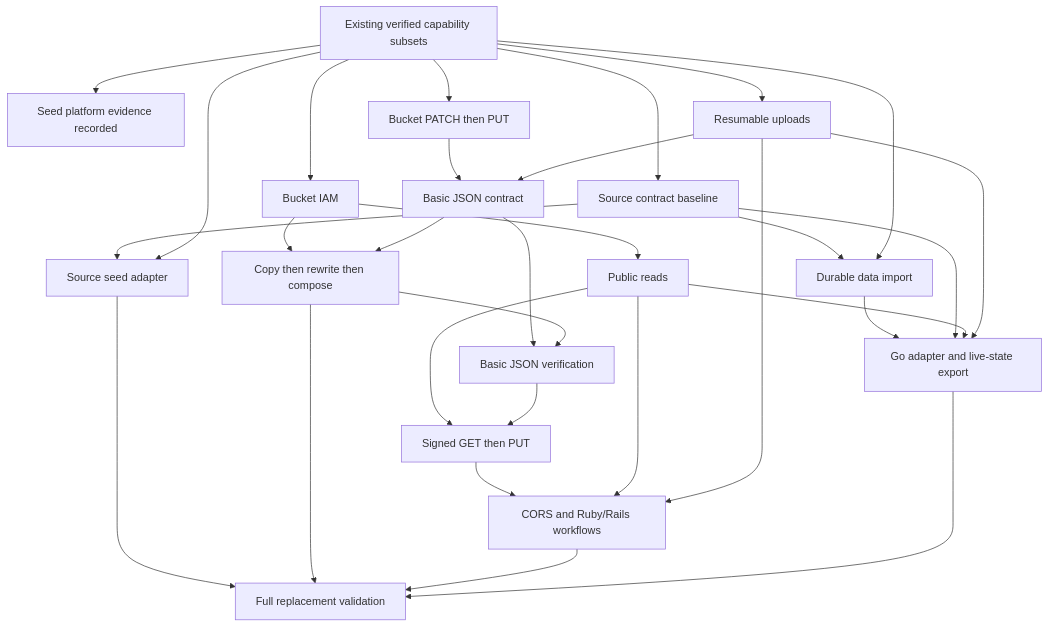
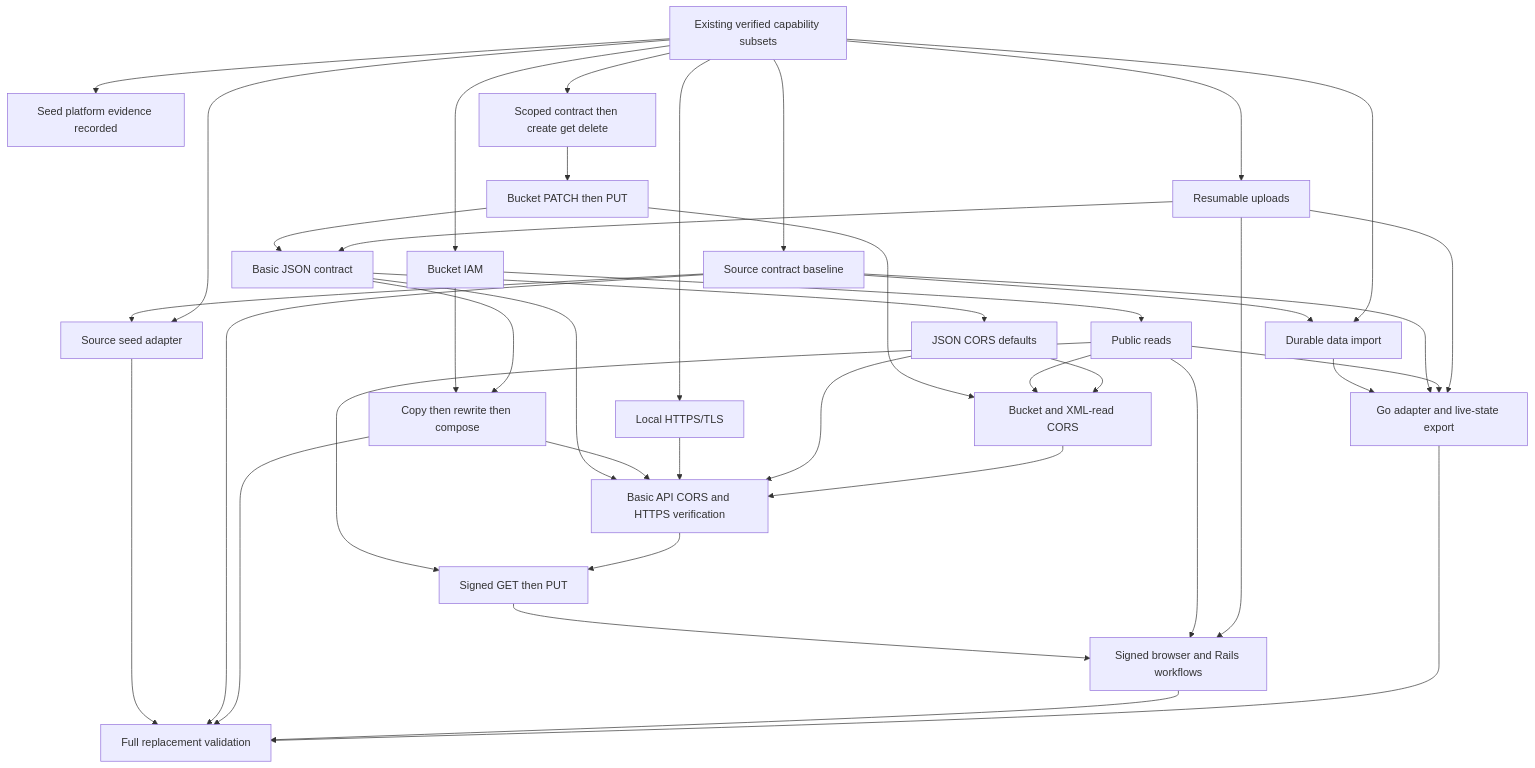
One commit to shiroemons/gcs-mimic changed the diagram in docs/en/roadmap.md. Above: the diagram before and after it, drawn with Mermaid. The commit also changed other lines of this file and 3 other files, not shown here.

````diff
--- a/docs/en/roadmap.md
+++ b/docs/en/roadmap.md
@@ -210,32 +275,42 @@
 ```mermaid
 flowchart TD
   E[Existing verified capability subsets] --> B[Source contract baseline]
   E --> S[Seed platform evidence recorded]
   E --> I[Bucket IAM]
   E --> R[Resumable uploads]
   I --> P[Public reads]
-  E --> M[Bucket PATCH then PUT]
+  E --> F[Scoped contract then create get delete]
+  F --> M[Bucket PATCH then PUT]
   M --> J[Basic JSON contract]
   R --> J
-  J --> Q[Basic JSON verification]
+  J --> Q[Basic API CORS and HTTPS verification]
   P --> U[Signed GET then PUT]
   Q --> U
   I --> C[Copy then rewrite then compose]
   J --> C
   C --> Q
-  U --> W[CORS and Ruby/Rails workflows]
+  E --> T[Local HTTPS/TLS]
+  J --> O[JSON CORS defaults]
+  M --> X[Bucket and XML-read CORS]
+  P --> X
+  O --> X
+  T --> Q
+  O --> Q
+  X --> Q
+  U --> W[Signed browser and Rails workflows]
   P --> W
   R --> W
   B --> A[Source seed adapter]
   E --> A
   B --> D[Durable data import]
   E --> D
   D --> G[Go adapter and live-state export]
   B --> G
   P --> G
   R --> G
   A --> V[Full replacement validation]
+  B --> V
   C --> V
   W --> V
   G --> V
 ```
````
